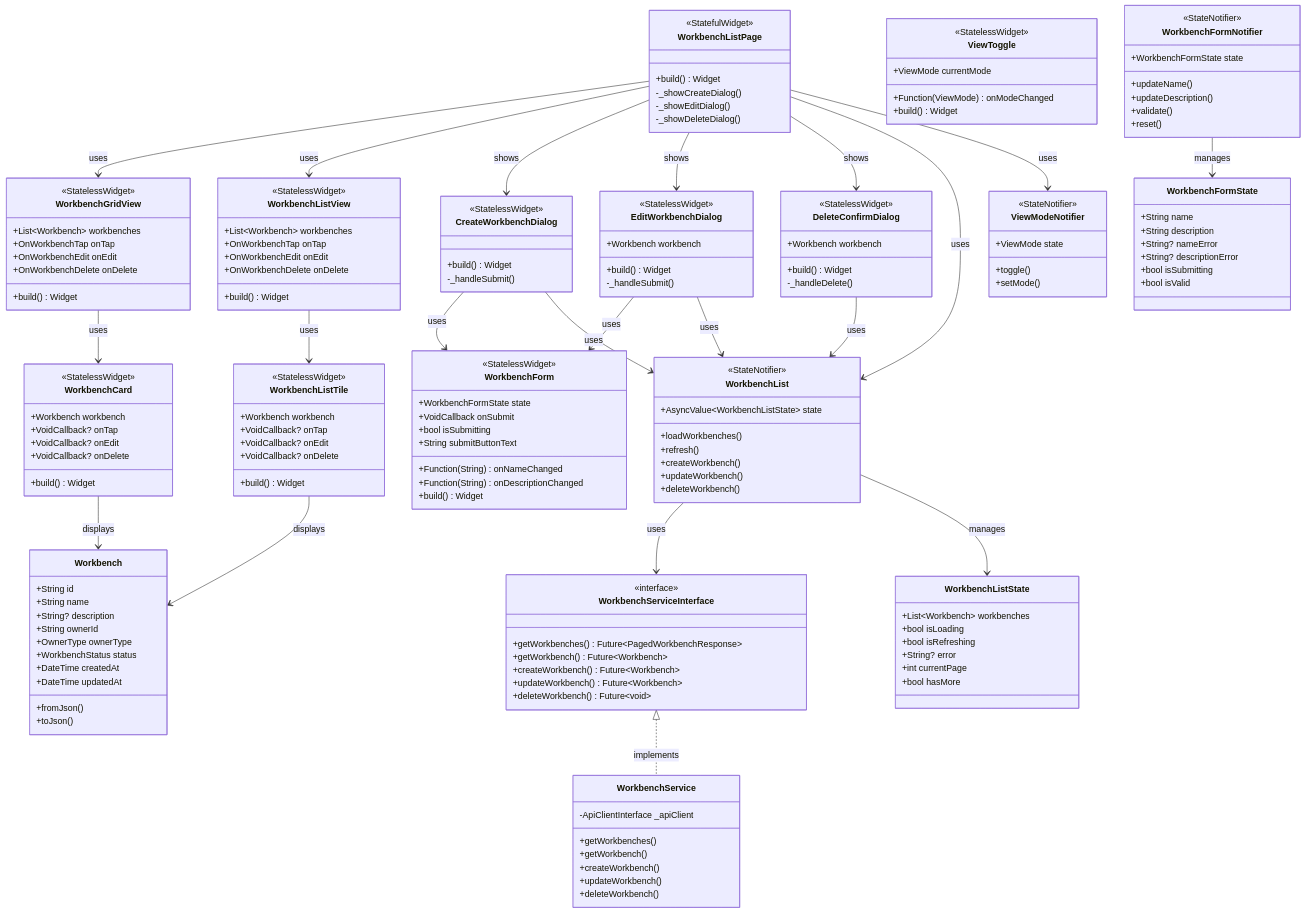
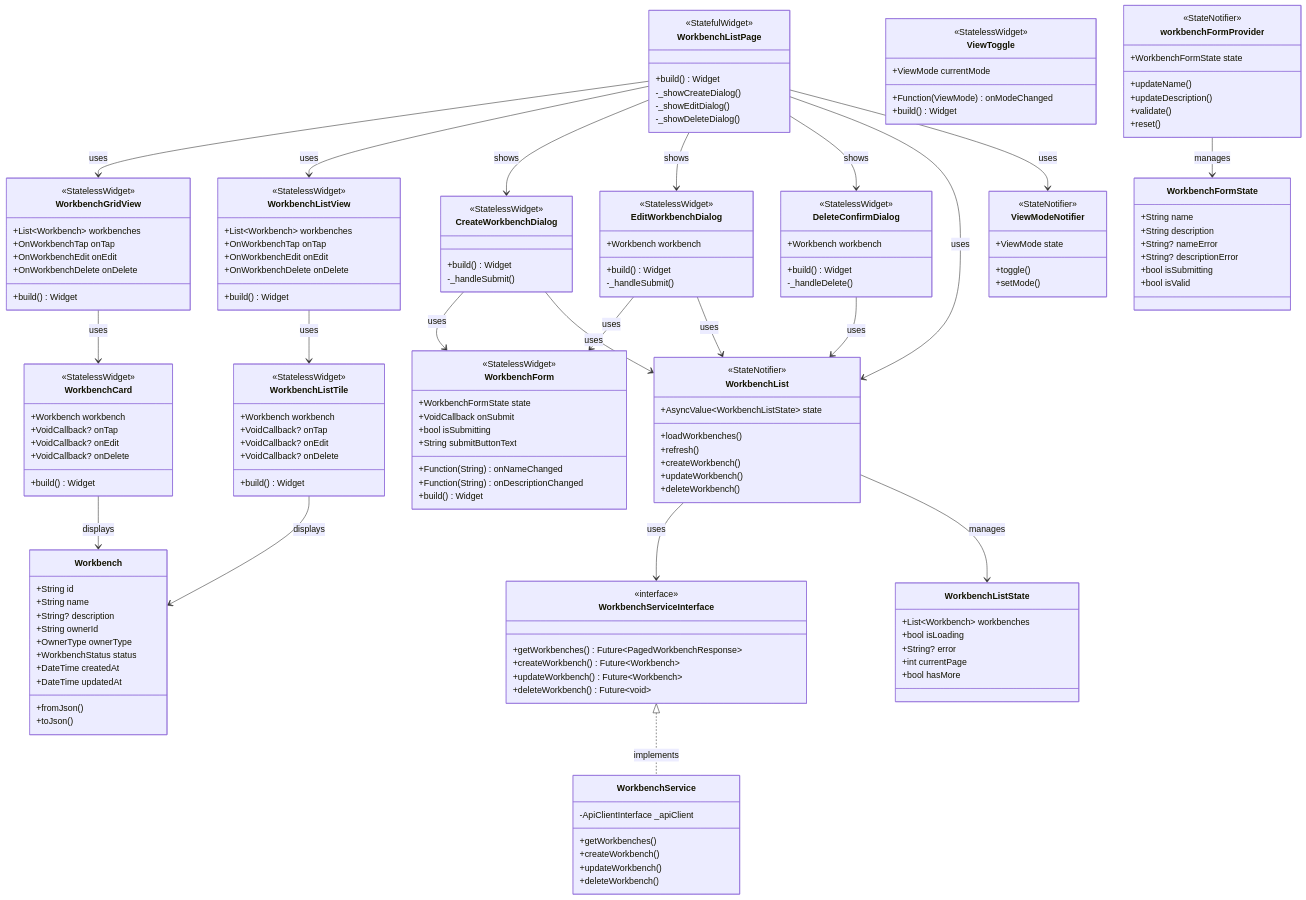
One commit to hoolheart/kayak changed the second of 6 diagrams in log/release_0/design/S1-014_design.md. Above: the diagram before and after it, drawn with Mermaid. The commit also changed other lines of this file and 4 other files, not shown here.

```diff
--- a/log/release_0/design/S1-014_design.md
+++ b/log/release_0/design/S1-014_design.md
@@ -1591,7 +1591,7 @@
         +deleteWorkbench()
     }
     
-    class WorkbenchFormNotifier {
+    class workbenchFormProvider {
         <<StateNotifier>>
         +WorkbenchFormState state
         +updateName()
@@ -1611,7 +1611,6 @@
     class WorkbenchServiceInterface {
         <<interface>>
         +getWorkbenches() Future~PagedWorkbenchResponse~
-        +getWorkbench() Future~Workbench~
         +createWorkbench() Future~Workbench~
         +updateWorkbench() Future~Workbench~
         +deleteWorkbench() Future~void~
@@ -1620,7 +1619,6 @@
     class WorkbenchService {
         -ApiClientInterface _apiClient
         +getWorkbenches()
-        +getWorkbench()
         +createWorkbench()
         +updateWorkbench()
         +deleteWorkbench()
@@ -1643,7 +1641,6 @@
     class WorkbenchListState {
         +List~Workbench~ workbenches
         +bool isLoading
-        +bool isRefreshing
         +String? error
         +int currentPage
         +bool hasMore
@@ -1681,7 +1678,7 @@
     WorkbenchServiceInterface <|.. WorkbenchService : implements
     
     WorkbenchList --> WorkbenchListState : manages
-    WorkbenchFormNotifier --> WorkbenchFormState : manages
+    workbenchFormProvider --> WorkbenchFormState : manages
     
     WorkbenchCard --> Workbench : displays
     WorkbenchListTile --> Workbench : displays
```
